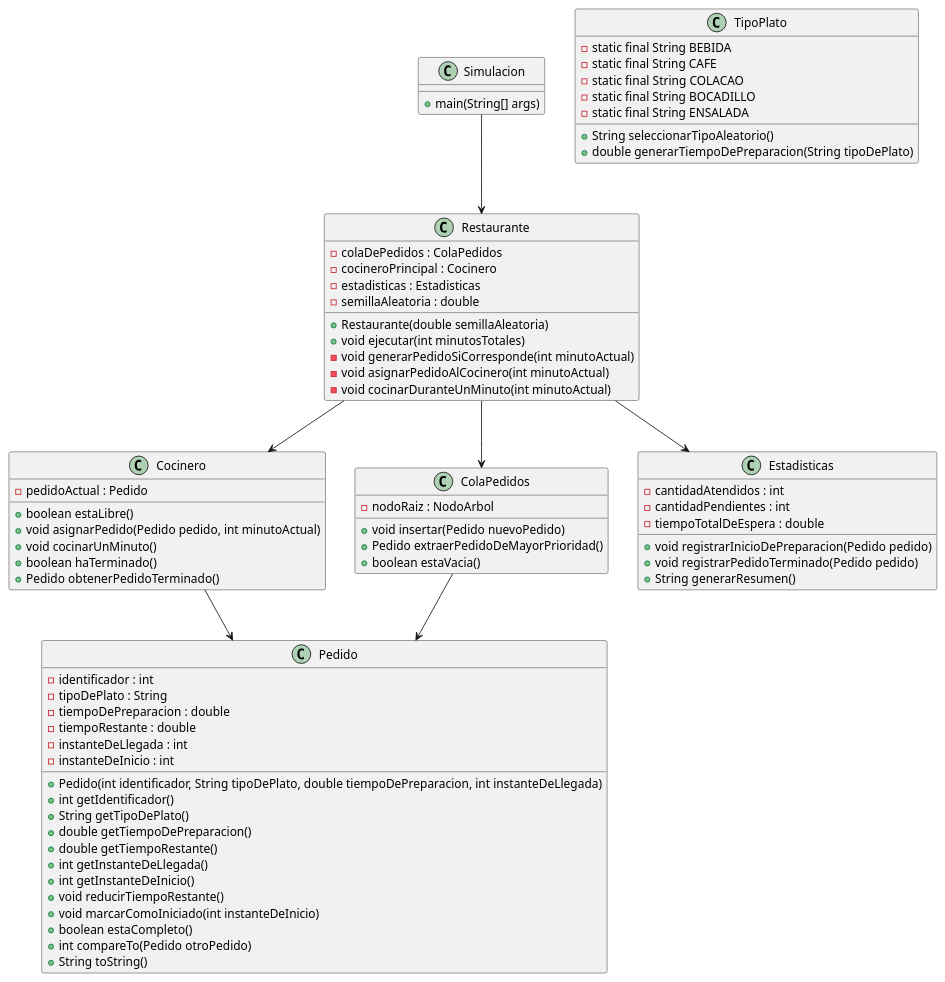
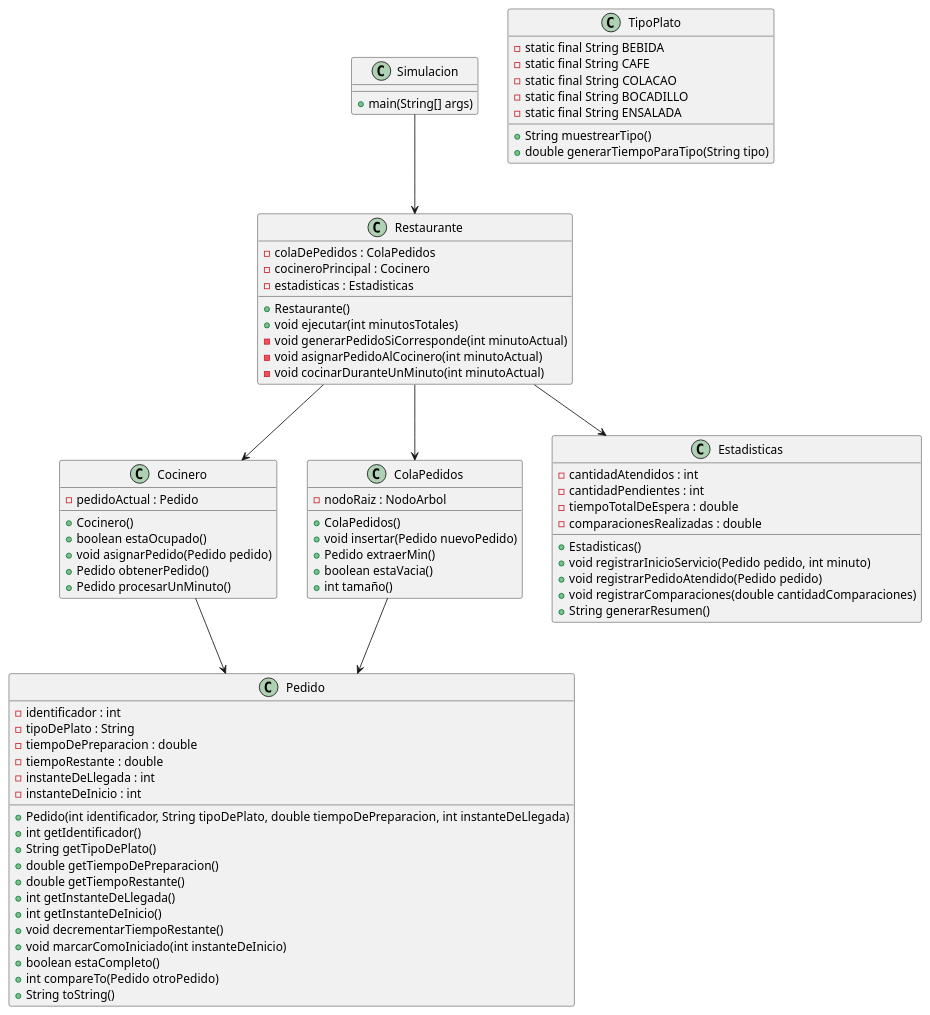
The diagram in entregas/doaltoBienvenido/documentosUML/EsquemaCocina.puml (mmasias/25-26-EDA1), drawn with PlantUML before and after one commit. The commit also changed 1 other file, not shown here.

```diff
--- a/entregas/doaltoBienvenido/documentosUML/EsquemaCocina.puml
+++ b/entregas/doaltoBienvenido/documentosUML/EsquemaCocina.puml
@@ -1,86 +1,91 @@
 @startuml Esquema
 
 ' ========================================
 ' Diagrama de clases Sistema de Cocina
 ' Implementación con Árbol Binario para ColaPedidos (SPT)
 ' ========================================
 
 class Simulacion {
-        +main(String[] args)
-    }
+    +main(String[] args)
+}
 
-    class Restaurante {
-        -colaDePedidos : ColaPedidos
-        -cocineroPrincipal : Cocinero
-        -estadisticas : Estadisticas
-        -semillaAleatoria : double
-        +Restaurante(double semillaAleatoria)
-        +void ejecutar(int minutosTotales)
-        -void generarPedidoSiCorresponde(int minutoActual)
-        -void asignarPedidoAlCocinero(int minutoActual)
-        -void cocinarDuranteUnMinuto(int minutoActual)
-    }
+class Restaurante {
+    -colaDePedidos : ColaPedidos
+    -cocineroPrincipal : Cocinero
+    -estadisticas : Estadisticas
+    +Restaurante()
+    +void ejecutar(int minutosTotales)
+    -void generarPedidoSiCorresponde(int minutoActual)
+    -void asignarPedidoAlCocinero(int minutoActual)
+    -void cocinarDuranteUnMinuto(int minutoActual)
+}
 
-    class Cocinero {
-        -pedidoActual : Pedido
-        +boolean estaLibre()
-        +void asignarPedido(Pedido pedido, int minutoActual)
-        +void cocinarUnMinuto()
-        +boolean haTerminado()
-        +Pedido obtenerPedidoTerminado()
-    }
+class Cocinero {
+    -pedidoActual : Pedido
+    +Cocinero()
+    +boolean estaOcupado()
+    +void asignarPedido(Pedido pedido)
+    +Pedido obtenerPedido()
+    +Pedido procesarUnMinuto()
+}
 
-    class ColaPedidos {
-        -nodoRaiz : NodoArbol
-        +void insertar(Pedido nuevoPedido)
-        +Pedido extraerPedidoDeMayorPrioridad()
-        +boolean estaVacia()
-    }
+class ColaPedidos {
+    -nodoRaiz : NodoArbol
+    +ColaPedidos()
+    +void insertar(Pedido nuevoPedido)
+    +Pedido extraerMin()
+    +boolean estaVacia()
+    +int tamaño()
+}
 
-    class Pedido {
-        -identificador : int
-        -tipoDePlato : String
-        -tiempoDePreparacion : double
-        -tiempoRestante : double
-        -instanteDeLlegada : int
-        -instanteDeInicio : int
-        +Pedido(int identificador, String tipoDePlato, double tiempoDePreparacion, int instanteDeLlegada)
-        +int getIdentificador()
-        +String getTipoDePlato()
-        +double getTiempoDePreparacion()
-        +double getTiempoRestante()
-        +int getInstanteDeLlegada()
-        +int getInstanteDeInicio()
-        +void reducirTiempoRestante()
-        +void marcarComoIniciado(int instanteDeInicio)
-        +boolean estaCompleto()
-        +int compareTo(Pedido otroPedido)
-        +String toString()
-    }
+class Pedido {
+    -identificador : int
+    -tipoDePlato : String
+    -tiempoDePreparacion : double
+    -tiempoRestante : double
+    -instanteDeLlegada : int
+    -instanteDeInicio : int
+    +Pedido(int identificador, String tipoDePlato, double tiempoDePreparacion, int instanteDeLlegada)
+    +int getIdentificador()
+    +String getTipoDePlato()
+    +double getTiempoDePreparacion()
+    +double getTiempoRestante()
+    +int getInstanteDeLlegada()
+    +int getInstanteDeInicio()
+    +void decrementarTiempoRestante()
+    +void marcarComoIniciado(int instanteDeInicio)
+    +boolean estaCompleto()
+    +int compareTo(Pedido otroPedido)
+    +String toString()
+}
 
-    class Estadisticas {
-        -cantidadAtendidos : int
-        -cantidadPendientes : int
-        -tiempoTotalDeEspera : double
-        +void registrarInicioDePreparacion(Pedido pedido)
-        +void registrarPedidoTerminado(Pedido pedido)
-        +String generarResumen()
-    }
+class Estadisticas {
+    -cantidadAtendidos : int
+    -cantidadPendientes : int
+    -tiempoTotalDeEspera : double
+    -comparacionesRealizadas : double
+    +Estadisticas()
+    +void registrarInicioServicio(Pedido pedido, int minuto)
+    +void registrarPedidoAtendido(Pedido pedido)
+    +void registrarComparaciones(double cantidadComparaciones)
+    +String generarResumen()
+}
 
-    class TipoPlato {
-        -static final String BEBIDA
-        -static final String CAFE
-        -static final String COLACAO
-        -static final String BOCADILLO
-        -static final String ENSALADA
-        +String seleccionarTipoAleatorio()
-        +double generarTiempoDePreparacion(String tipoDePlato)
-    }
+class TipoPlato {
+    -static final String BEBIDA
+    -static final String CAFE
+    -static final String COLACAO
+    -static final String BOCADILLO
+    -static final String ENSALADA
+    +String muestrearTipo()
+    +double generarTiempoParaTipo(String tipo)
+}
 
-    Simulacion --> Restaurante
-    Restaurante --> Cocinero
-    Restaurante --> ColaPedidos
-    Restaurante --> Estadisticas
-    ColaPedidos --> Pedido
-    Cocinero --> Pedido
+Simulacion --> Restaurante
+Restaurante --> Cocinero
+Restaurante --> ColaPedidos
+Restaurante --> Estadisticas
+ColaPedidos --> Pedido
+Cocinero --> Pedido
+
 @enduml
```
